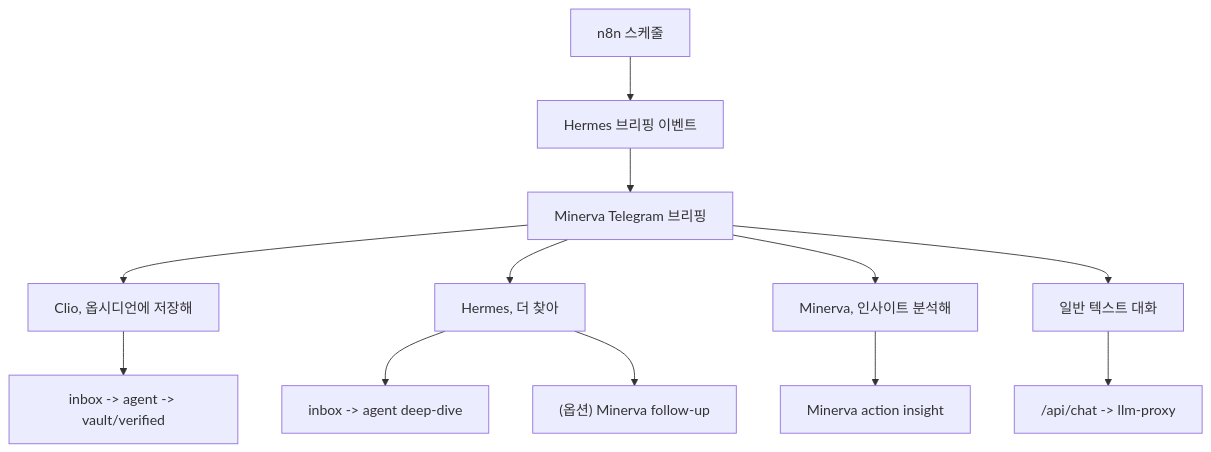
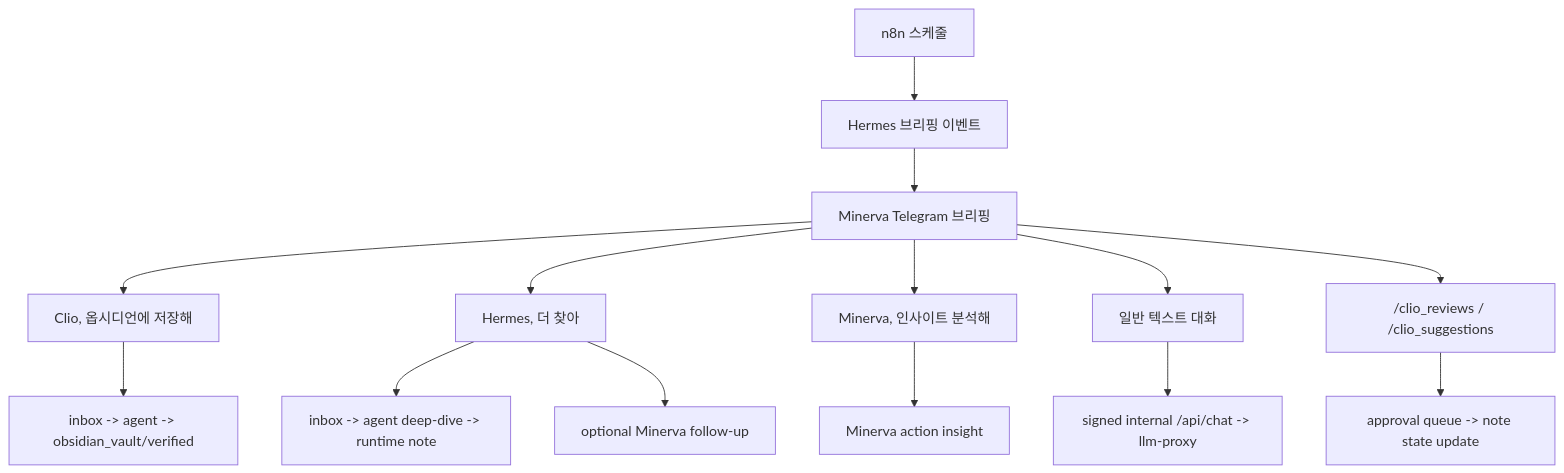
One commit to Merchantlee99/Personal-AI-agent-v2 changed the diagram in docs/USE_CASES.md. Above: the diagram before and after it, drawn with Mermaid. The commit also changed other lines of this file and 174 other files, not shown here.

````diff
--- a/docs/USE_CASES.md
+++ b/docs/USE_CASES.md
@@ -96,15 +117,17 @@
 ```mermaid
 flowchart TD
   A["n8n 스케줄"] --> B["Hermes 브리핑 이벤트"]
   B --> C["Minerva Telegram 브리핑"]
   C --> D1["Clio, 옵시디언에 저장해"]
   C --> D2["Hermes, 더 찾아"]
   C --> D3["Minerva, 인사이트 분석해"]
   C --> D4["일반 텍스트 대화"]
+  C --> D5["/clio_reviews / /clio_suggestions"]
 
-  D1 --> E1["inbox -> agent -> vault/verified"]
-  D2 --> E2["inbox -> agent deep-dive"]
-  D2 --> E3["(옵션) Minerva follow-up"]
+  D1 --> E1["inbox -> agent -> obsidian_vault/verified"]
+  D2 --> E2["inbox -> agent deep-dive -> runtime note"]
+  D2 --> E3["optional Minerva follow-up"]
   D3 --> E4["Minerva action insight"]
-  D4 --> E5["/api/chat -> llm-proxy"]
+  D4 --> E5["signed internal /api/chat -> llm-proxy"]
+  D5 --> E6["approval queue -> note state update"]
 ```
````
